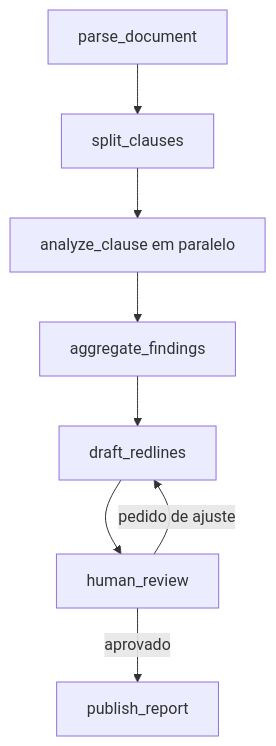
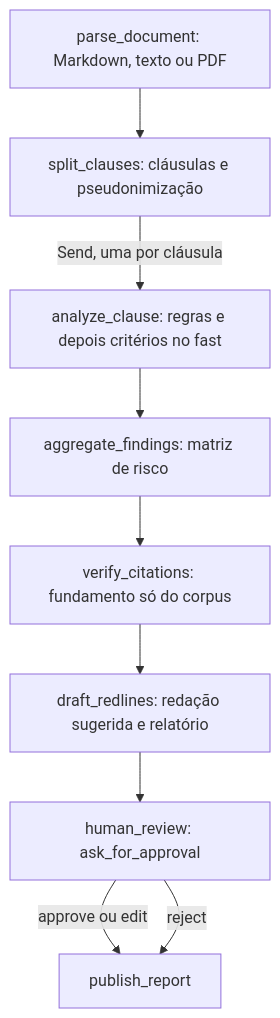
Before and after one commit to brunocs100/ementa: the fourth of 10 diagrams in docs/AGENTES.md, drawn with Mermaid. The commit also changed other lines of this file and 3 other files, not shown here.

````diff
--- a/docs/AGENTES.md
+++ b/docs/AGENTES.md
@@ -280,10 +280,11 @@
 ```mermaid
 flowchart TD
-    A["parse_document"] --> B["split_clauses"]
-    B --> C["analyze_clause em paralelo"]
-    C --> D["aggregate_findings"]
-    D --> E["draft_redlines"]
-    E --> F["human_review"]
-    F -->|"aprovado"| G["publish_report"]
-    F -->|"pedido de ajuste"| E
+    A["parse_document: Markdown, texto ou PDF"] --> B["split_clauses: cláusulas e pseudonimização"]
+    B -->|"Send, uma por cláusula"| C["analyze_clause: regras e depois critérios no fast"]
+    C --> D["aggregate_findings: matriz de risco"]
+    D --> E["verify_citations: fundamento só do corpus"]
+    E --> F["draft_redlines: redação sugerida e relatório"]
+    F --> G["human_review: ask_for_approval"]
+    G -->|"approve ou edit"| H["publish_report"]
+    G -->|"reject"| H
 ```
````
